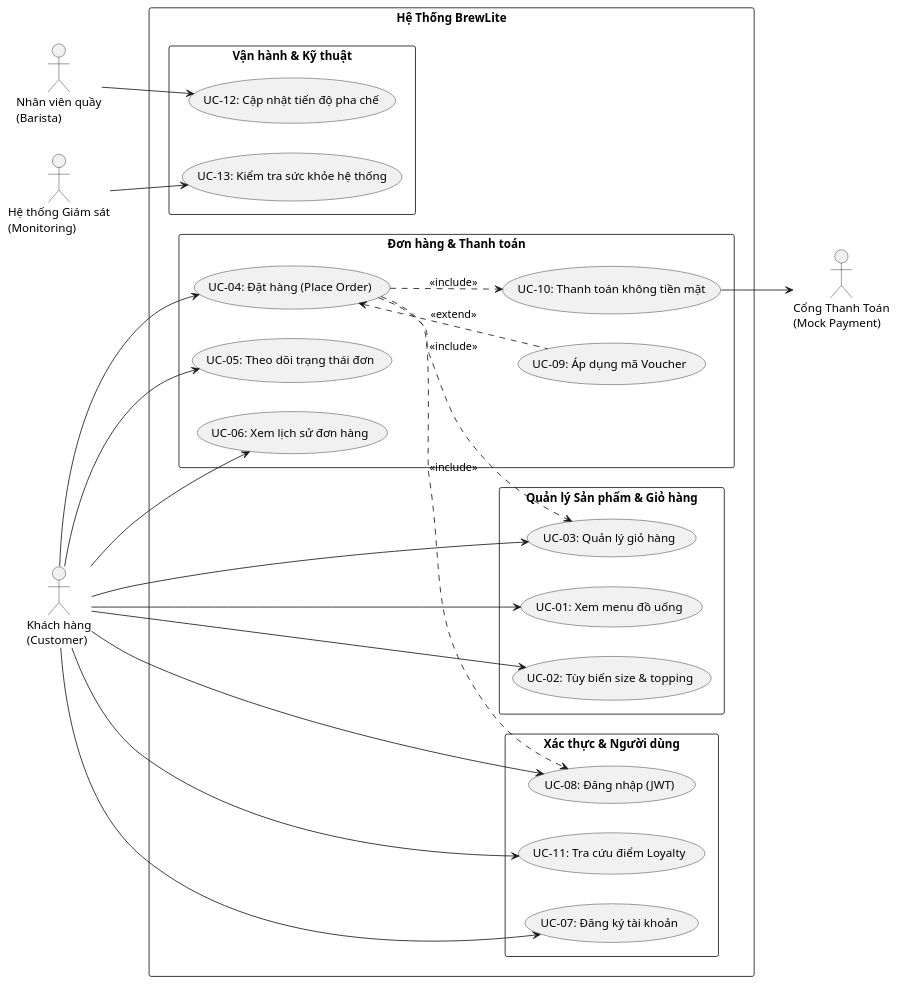
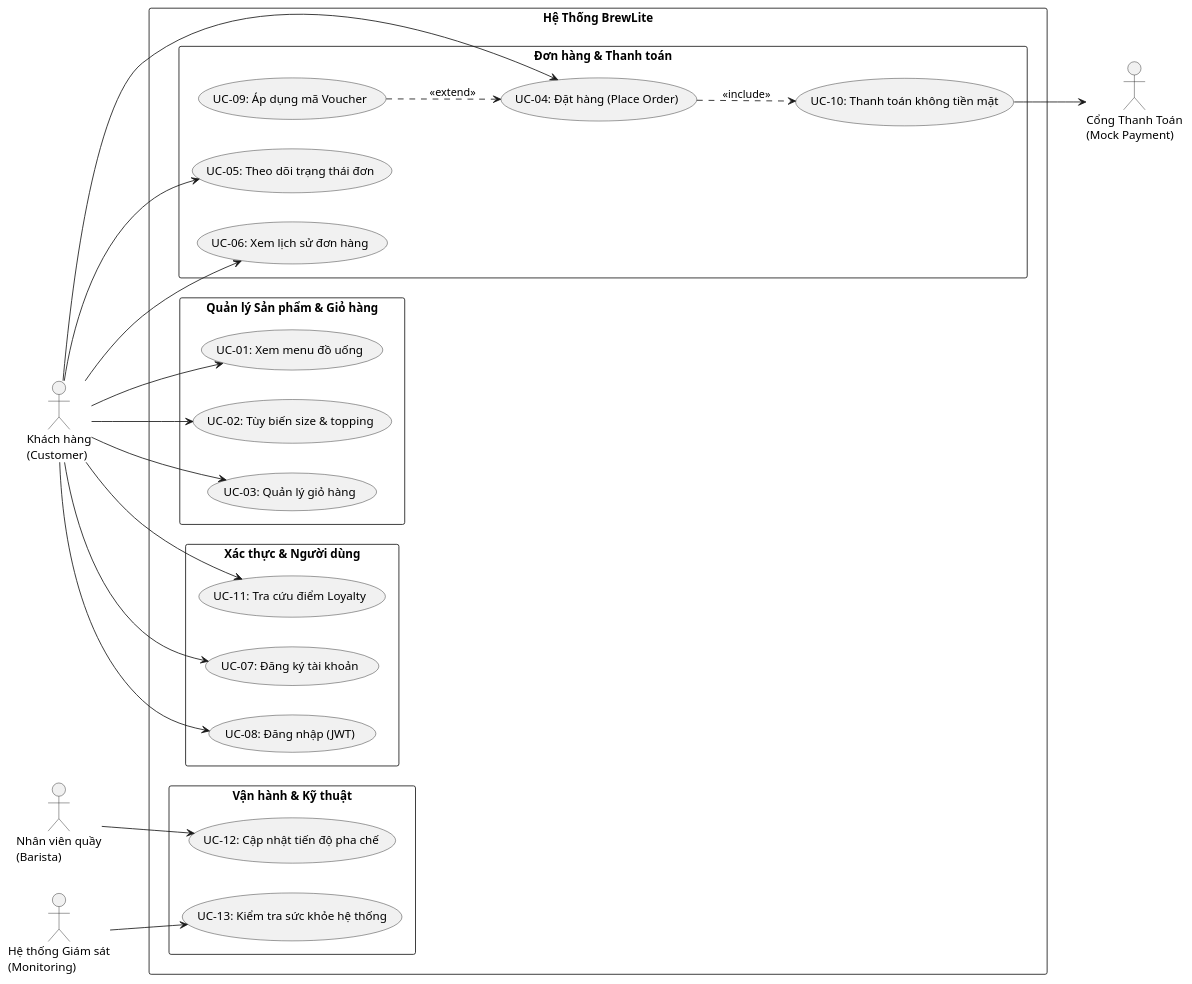
The diagram in docs/requirements/srs.md (vohuunghiaah/brewlite), drawn with PlantUML before and after one commit. The commit also changed other lines of this file and 4 other files, not shown here.

````diff
--- a/docs/requirements/srs.md
+++ b/docs/requirements/srs.md
@@ -273,68 +273,68 @@
 ```plantuml
 @startuml brewlite-system-usecases
 skinparam monochrome true
 skinparam shadowing false
 skinparam defaultFontName Arial
 skinparam packageStyle rectangle
 left to right direction
 
 actor "Khách hàng\n(Customer)" as Customer
 actor "Nhân viên quầy\n(Barista)" as Barista
 actor "Cổng Thanh Toán\n(Mock Payment)" as PaymentGateway
 actor "Hệ thống Giám sát\n(Monitoring)" as Monitor
 
 rectangle "Hệ Thống BrewLite" {
   package "Quản lý Sản phẩm & Giỏ hàng" {
     usecase "UC-01: Xem menu đồ uống" as UC1
     usecase "UC-02: Tùy biến size & topping" as UC2
     usecase "UC-03: Quản lý giỏ hàng" as UC3
   }
 
   package "Xác thực & Người dùng" {
     usecase "UC-07: Đăng ký tài khoản" as UC7
     usecase "UC-08: Đăng nhập (JWT)" as UC8
     usecase "UC-11: Tra cứu điểm Loyalty" as UC11
   }
 
   package "Đơn hàng & Thanh toán" {
     usecase "UC-04: Đặt hàng (Place Order)" as UC4
     usecase "UC-09: Áp dụng mã Voucher" as UC9
     usecase "UC-10: Thanh toán không tiền mặt" as UC10
     usecase "UC-05: Theo dõi trạng thái đơn" as UC5
     usecase "UC-06: Xem lịch sử đơn hàng" as UC6
   }
 
   package "Vận hành & Kỹ thuật" {
     usecase "UC-12: Cập nhật tiến độ pha chế" as UC12
     usecase "UC-13: Kiểm tra sức khỏe hệ thống" as UC13
   }
 }
 
 ' Quan hệ Khách hàng (Primary Actor)
 Customer --> UC1
 Customer --> UC2
 Customer --> UC3
 Customer --> UC7
 Customer --> UC8
 Customer --> UC4
 Customer --> UC5
 Customer --> UC6
 Customer --> UC11
 
-' Quan hệ include / extend
-UC4 ..> UC3 : <<include>>
-UC4 ..> UC8 : <<include>>
+' Quan hệ include (Hành vi bắt buộc cấu thành)
 UC4 ..> UC10 : <<include>>
-UC4 <.. UC9 : <<extend>>
+
+' Quan hệ extend (Hành vi mở rộng tùy chọn)
+UC9 ..> UC4 : <<extend>>
 
 ' Quan hệ Cổng thanh toán mô phỏng (Secondary System Actor)
 UC10 --> PaymentGateway
 
 ' Quan hệ Barista (Secondary Actor)
 Barista --> UC12
 
 ' Quan hệ Giám sát kỹ thuật (System Actor)
 Monitor --> UC13
 
 @enduml
 ```
````
